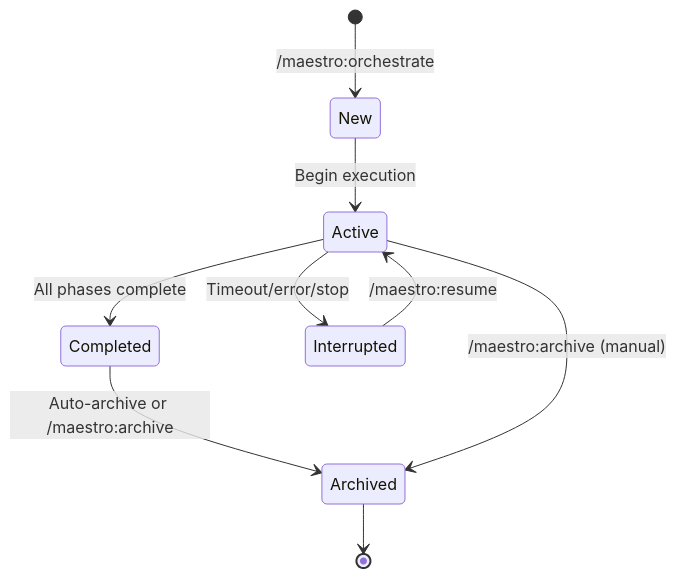
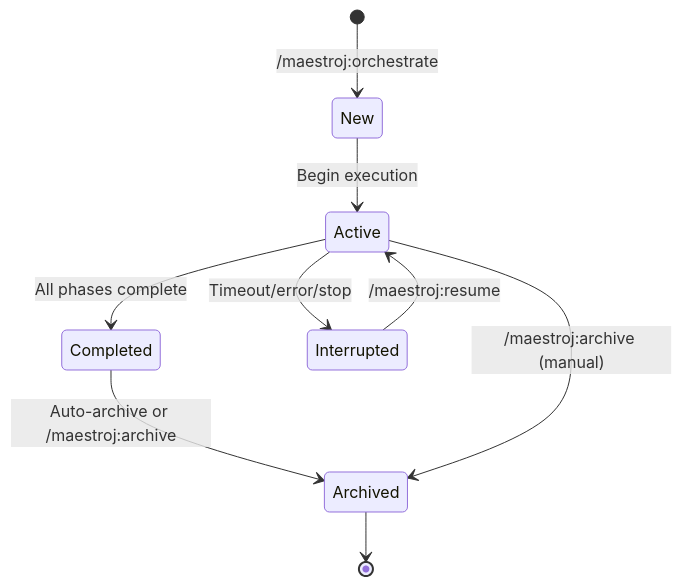
One commit to j-steve/maestro-jsteve changed the second of 4 diagrams in USAGE.md. Above: the diagram before and after it, drawn with Mermaid. The commit also changed other lines of this file and 18 other files, not shown here.

Commit message:
Rename commands from /maestro to /maestroj

````diff
--- a/USAGE.md
+++ b/USAGE.md
@@ -976,11 +976,11 @@
 ```mermaid
 stateDiagram-v2
-    [*] --> New: /maestro:orchestrate
+    [*] --> New: /maestroj:orchestrate
     New --> Active: Begin execution
     Active --> Completed: All phases complete
     Active --> Interrupted: Timeout/error/stop
-    Interrupted --> Active: /maestro:resume
-    Completed --> Archived: Auto-archive or /maestro:archive
-    Active --> Archived: /maestro:archive (manual)
+    Interrupted --> Active: /maestroj:resume
+    Completed --> Archived: Auto-archive or /maestroj:archive
+    Active --> Archived: /maestroj:archive (manual)
     Archived --> [*]
 ```
````
